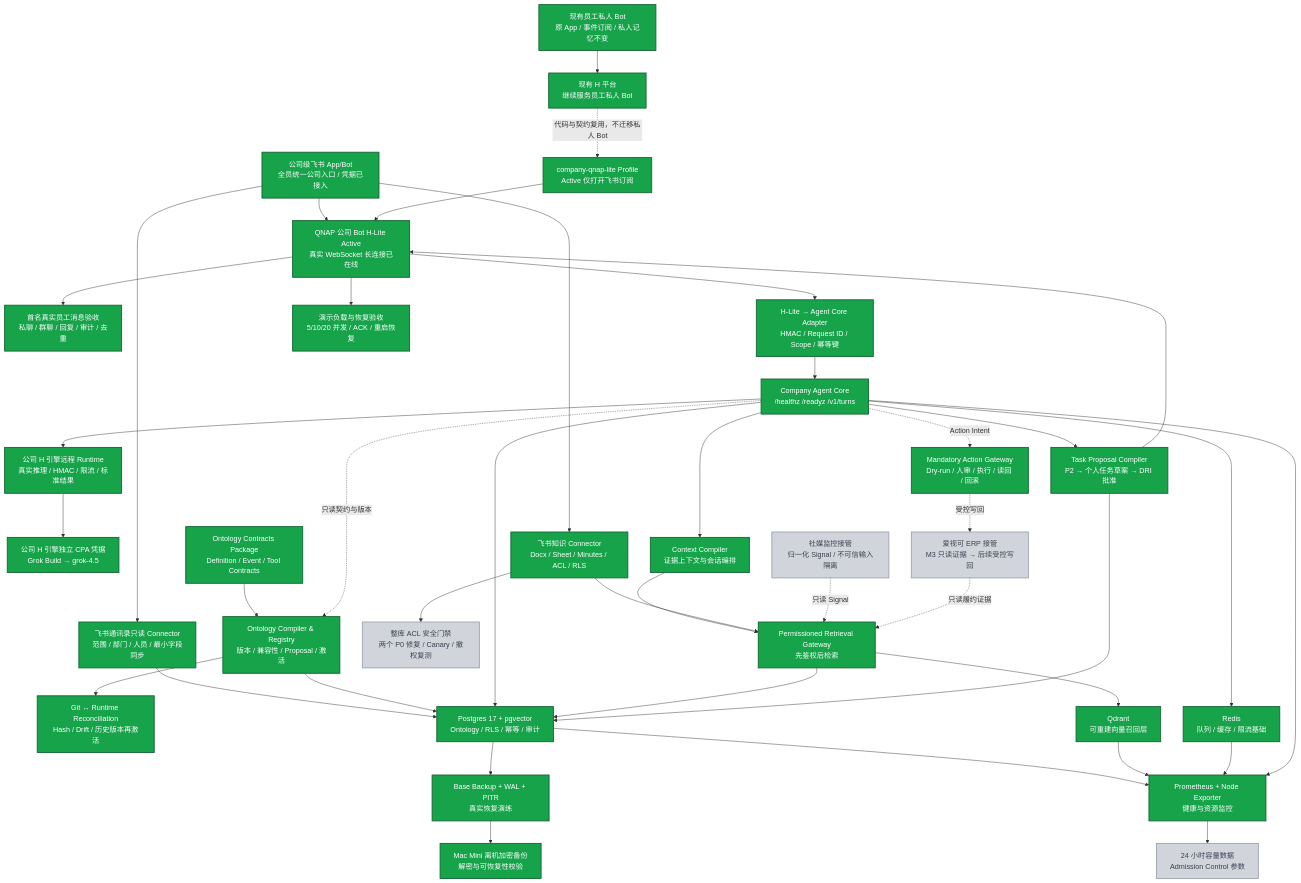
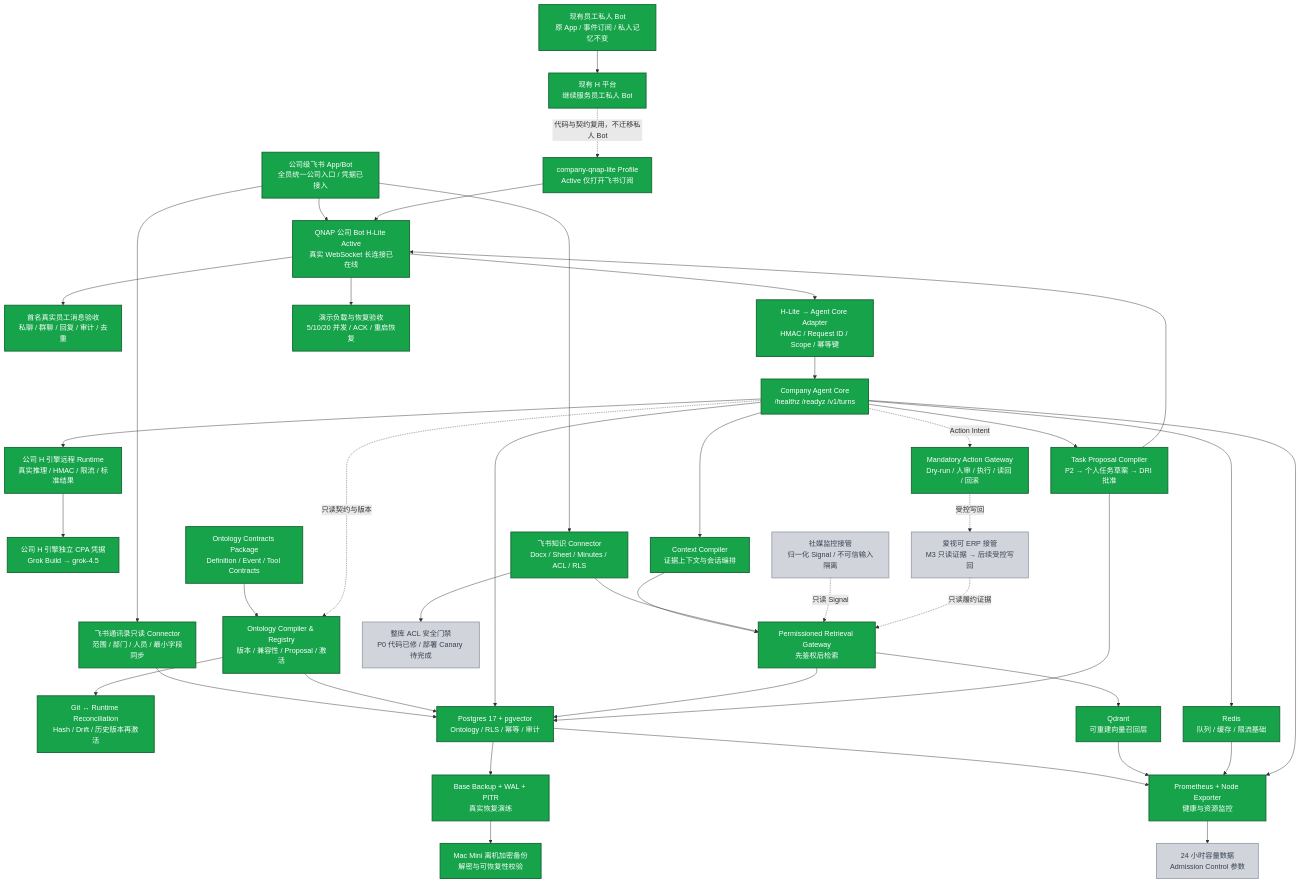
Before and after one commit to Hahaxiong838383/oh-my-ccwork: the diagram in 2-Projects/company-ai-ontology/docs/technical-architecture-progress-2026-08-07.md, drawn with Mermaid. The commit also changed other lines of this file and 10 other files, not shown here.

Commit message:
fix(ontology): fail closed Feishu knowledge ACL sync

````diff
--- a/2-Projects/company-ai-ontology/docs/technical-architecture-progress-2026-08-07.md
+++ b/2-Projects/company-ai-ontology/docs/technical-architecture-progress-2026-08-07.md
@@ -10,74 +10,74 @@
 ```mermaid
 flowchart TB
   PRIVATE["现有员工私人 Bot<br/>原 App / 事件订阅 / 私人记忆不变"]:::done
   H_EXISTING["现有 H 平台<br/>继续服务员工私人 Bot"]:::done
   FEISHU["公司级飞书 App/Bot<br/>全员统一公司入口 / 凭据已接入"]:::done
   H_PROFILE["company-qnap-lite Profile<br/>Active 仅打开飞书订阅"]:::done
   H_PROCESS["QNAP 公司 Bot H-Lite Active<br/>真实 WebSocket 长连接已在线"]:::done
   REAL_E2E["首名真实员工消息验收<br/>私聊 / 群聊 / 回复 / 审计 / 去重"]:::done
   DIRECTORY["飞书通讯录只读 Connector<br/>范围 / 部门 / 人员 / 最小字段同步"]:::done
   ADAPTER["H-Lite → Agent Core Adapter<br/>HMAC / Request ID / Scope / 幂等键"]:::done
 
   CORE["Company Agent Core<br/>/healthz /readyz /v1/turns"]:::done
   H_ENGINE["公司 H 引擎远程 Runtime<br/>真实推理 / HMAC / 限流 / 标准结果"]:::done
   H_CREDENTIAL["公司 H 引擎独立 CPA 凭据<br/>Grok Build → grok-4.5"]:::done
   CONTEXT["Context Compiler<br/>证据上下文与会话编排"]:::done
   RETRIEVAL["Permissioned Retrieval Gateway<br/>先鉴权后检索"]:::done
   KNOWLEDGE["飞书知识 Connector<br/>Docx / Sheet / Minutes / ACL / RLS"]:::done
-  KNOWLEDGE_ACCESS["整库 ACL 安全门禁<br/>两个 P0 修复 / Canary / 撤权复测"]:::todo
+  KNOWLEDGE_ACCESS["整库 ACL 安全门禁<br/>P0 代码已修 / 部署 Canary 待完成"]:::todo
   TASK["Task Proposal Compiler<br/>P2 → 个人任务草案 → DRI 批准"]:::done
   CONTRACTS["Ontology Contracts Package<br/>Definition / Event / Tool Contracts"]:::done
   REGISTRY["Ontology Compiler & Registry<br/>版本 / 兼容性 / Proposal / 激活"]:::done
   RECONCILE["Git ↔ Runtime Reconciliation<br/>Hash / Drift / 历史版本再激活"]:::done
 
   PG["Postgres 17 + pgvector<br/>Ontology / RLS / 幂等 / 审计"]:::done
   QDRANT["Qdrant<br/>可重建向量召回层"]:::done
   REDIS["Redis<br/>队列 / 缓存 / 限流基础"]:::done
   OBS["Prometheus + Node Exporter<br/>健康与资源监控"]:::done
   BACKUP["Base Backup + WAL + PITR<br/>真实恢复演练"]:::done
 
   ACTION["Mandatory Action Gateway<br/>Dry-run / 人审 / 执行 / 读回 / 回滚"]:::done
   ERP["爱视可 ERP 接管<br/>M3 只读证据 → 后续受控写回"]:::todo
   SOCIAL["社媒监控接管<br/>归一化 Signal / 不可信输入隔离"]:::todo
   CANARY["演示负载与恢复验收<br/>5/10/20 并发 / ACK / 重启恢复"]:::done
   OFFSITE["Mac Mini 离机加密备份<br/>解密与可恢复性校验"]:::done
   CAPACITY["24 小时容量数据<br/>Admission Control 参数"]:::todo
 
   PRIVATE --> H_EXISTING
   H_EXISTING -. "代码与契约复用，不迁移私人 Bot" .-> H_PROFILE
   FEISHU --> H_PROCESS
   FEISHU --> DIRECTORY --> PG
   H_PROCESS --> REAL_E2E
   H_PROFILE --> H_PROCESS
   H_PROCESS --> ADAPTER --> CORE
   CORE --> H_ENGINE
   H_ENGINE --> H_CREDENTIAL
   CORE --> CONTEXT --> RETRIEVAL
   FEISHU --> KNOWLEDGE --> RETRIEVAL
   KNOWLEDGE --> KNOWLEDGE_ACCESS
   CORE --> TASK
   CONTRACTS --> REGISTRY --> RECONCILE
   REGISTRY --> PG
   CORE -. "只读契约与版本" .-> REGISTRY
   CORE --> PG
   RETRIEVAL --> PG
   RETRIEVAL --> QDRANT
   CORE --> REDIS
   TASK --> PG
   TASK --> H_PROCESS
   CORE -. "Action Intent" .-> ACTION
   ACTION -. "受控写回" .-> ERP
   SOCIAL -. "只读 Signal" .-> RETRIEVAL
   ERP -. "只读履约证据" .-> RETRIEVAL
   PG --> BACKUP
   PG --> OBS
   QDRANT --> OBS
   REDIS --> OBS
   CORE --> OBS
   H_PROCESS --> CANARY
   BACKUP --> OFFSITE
   OBS --> CAPACITY
 
   classDef done fill:#16a34a,color:#ffffff,stroke:#166534,stroke-width:2px;
   classDef todo fill:#d1d5db,color:#374151,stroke:#9ca3af,stroke-width:2px;
 ```
````
